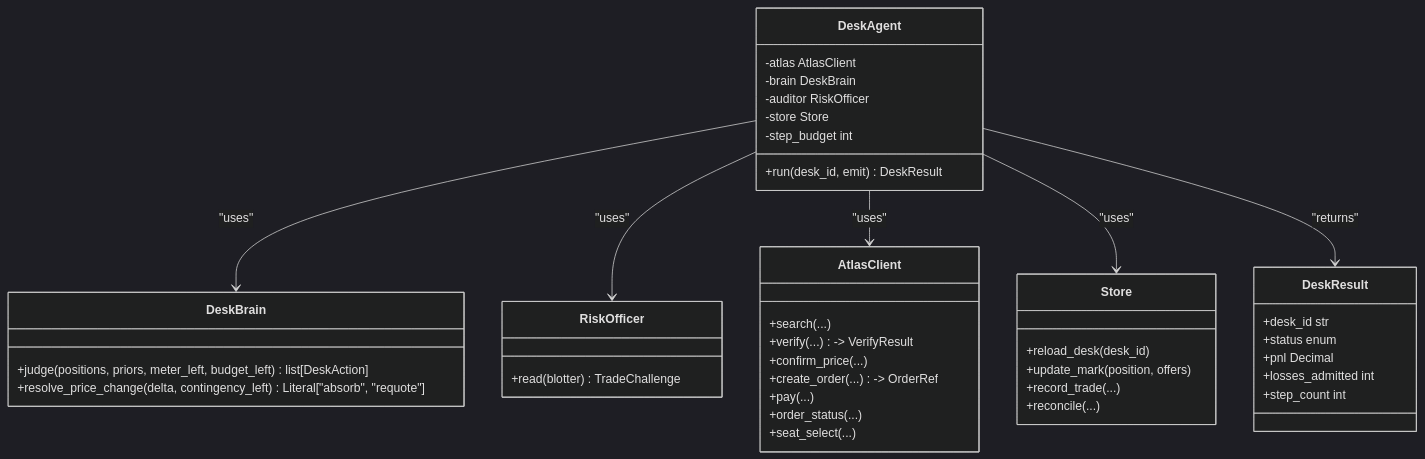
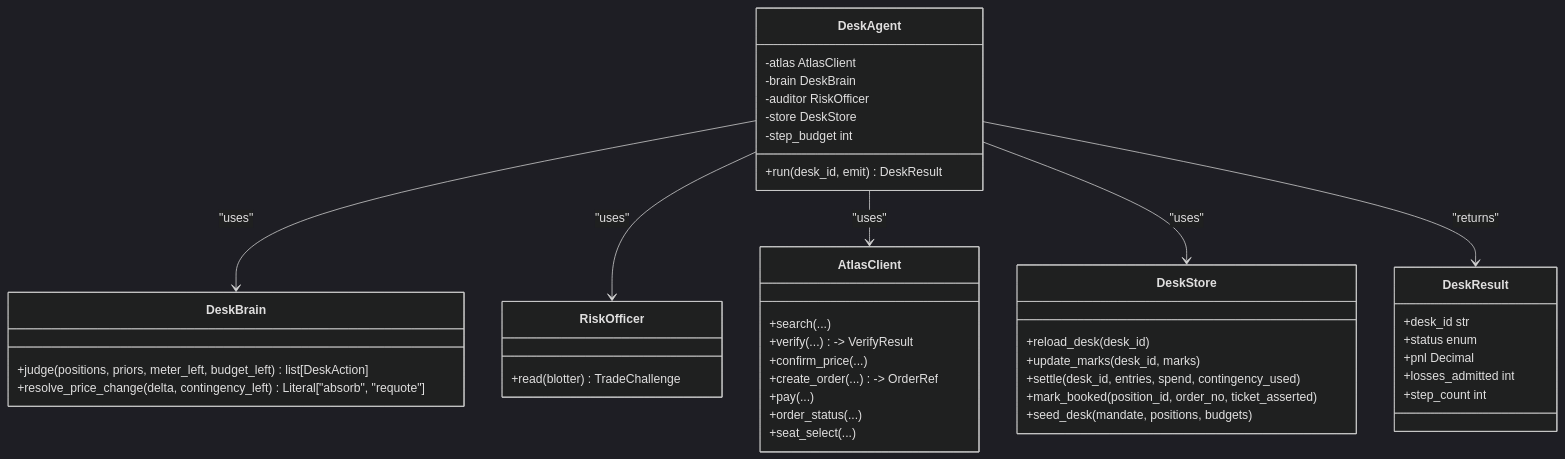
One commit to jaydonnnk/waypoint changed the fifth of 8 diagrams in .qoder/repowiki/en/content/Program Design/Program Design.md. Above: the diagram before and after it, drawn with Mermaid (dark theme). The commit also changed other lines of this file and 36 other files, not shown here.

````diff
--- a/.qoder/repowiki/en/content/Program Design/Program Design.md
+++ b/.qoder/repowiki/en/content/Program Design/Program Design.md
@@ -206,45 +241,46 @@
 ```mermaid
 classDiagram
 class DeskAgent {
 +run(desk_id, emit) DeskResult
 -atlas AtlasClient
 -brain DeskBrain
 -auditor RiskOfficer
--store Store
+-store DeskStore
 -step_budget int
 }
 class DeskResult {
 +desk_id str
 +status enum
 +pnl Decimal
 +losses_admitted int
 +step_count int
 }
 class DeskBrain {
 +judge(positions, priors, meter_left, budget_left) list[DeskAction]
 +resolve_price_change(delta, contingency_left) Literal["absorb", "requote"]
 }
 class RiskOfficer {
 +read(blotter) TradeChallenge
 }
 class AtlasClient {
 +search(...)
 +verify(...) -> VerifyResult
 +confirm_price(...)
 +create_order(...) -> OrderRef
 +pay(...)
 +order_status(...)
 +seat_select(...)
 }
-class Store {
+class DeskStore {
 +reload_desk(desk_id)
-+update_mark(position, offers)
-+record_trade(...)
-+reconcile(...)
++update_marks(desk_id, marks)
++settle(desk_id, entries, spend, contingency_used)
++mark_booked(position_id, order_no, ticket_asserted)
++seed_desk(mandate, positions, budgets)
 }
 DeskAgent --> DeskBrain : "uses"
 DeskAgent --> RiskOfficer : "uses"
 DeskAgent --> AtlasClient : "uses"
-DeskAgent --> Store : "uses"
+DeskAgent --> DeskStore : "uses"
 DeskAgent --> DeskResult : "returns"
 ```
````
